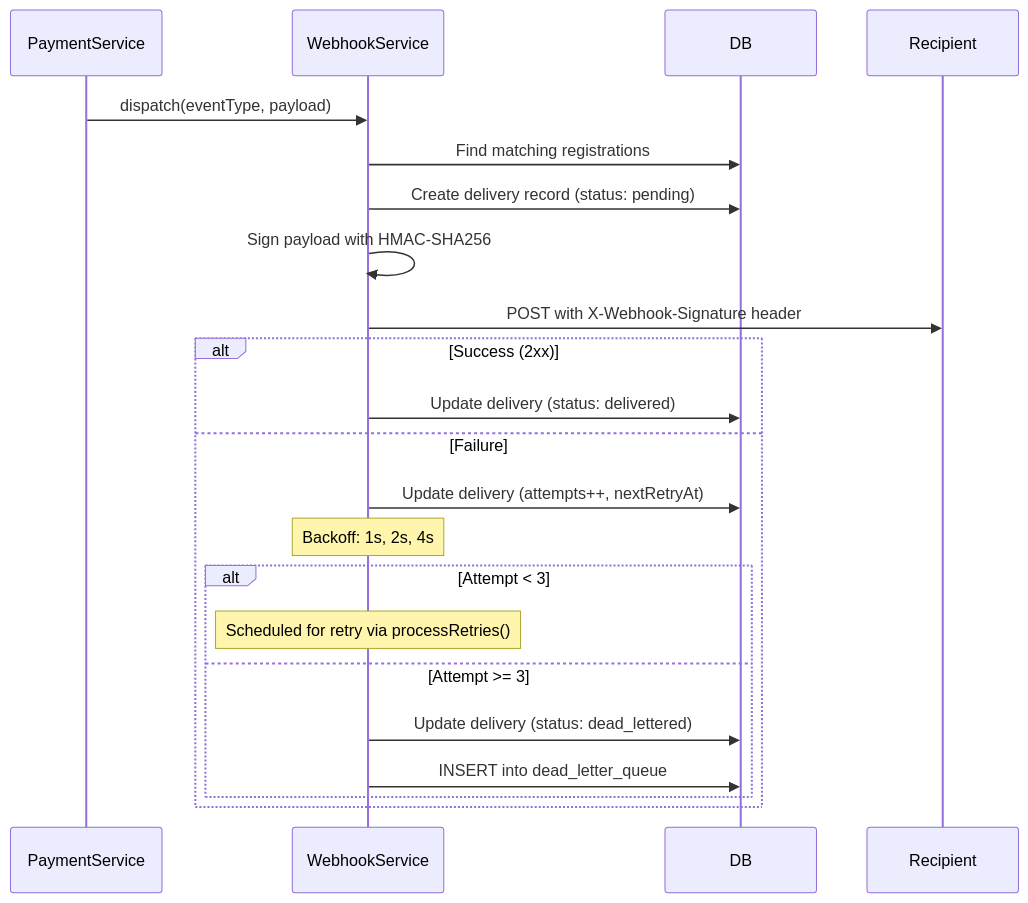
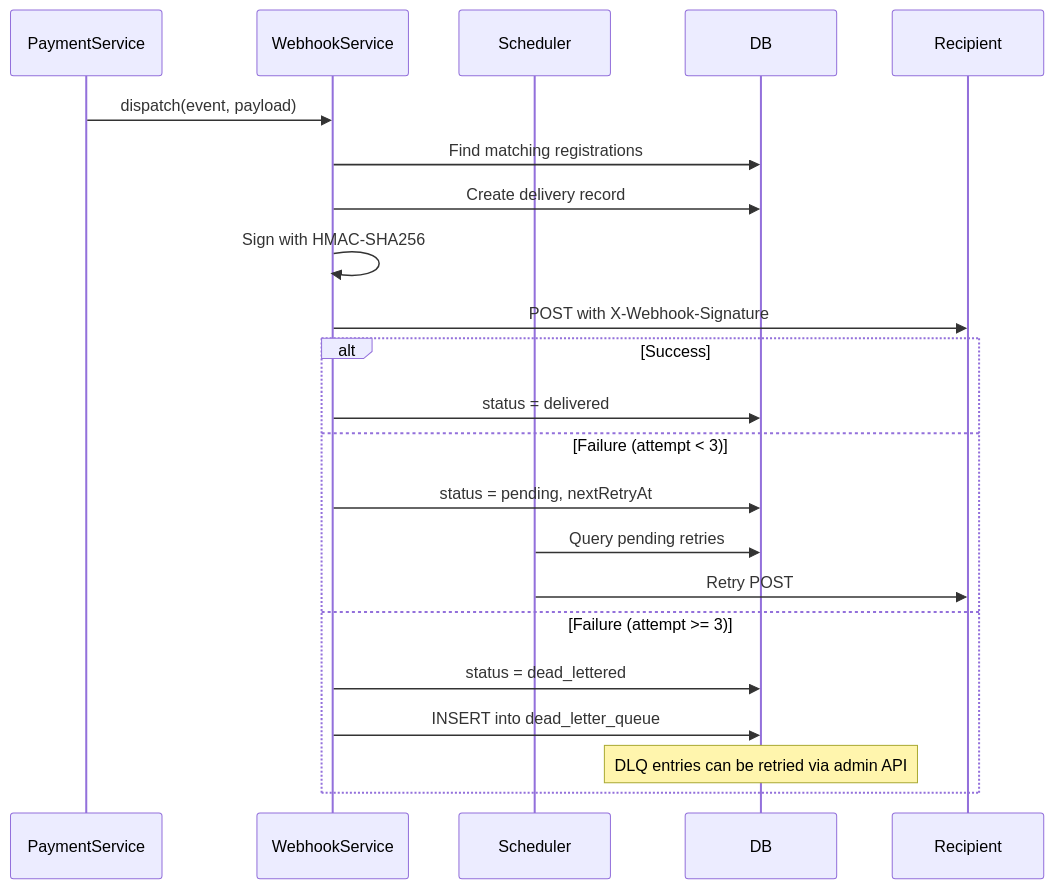
Before and after one commit to JamilAfouri99/payment-orchestrator: the sixth of 7 diagrams in docs/architecture.md, drawn with Mermaid. The commit also changed other lines of this file and 37 other files, not shown here.

````diff
--- a/docs/architecture.md
+++ b/docs/architecture.md
@@ -81,28 +125,27 @@
 ```mermaid
 sequenceDiagram
     participant PaymentService
     participant WebhookService
+    participant Scheduler
     participant DB
     participant Recipient
 
-    PaymentService->>WebhookService: dispatch(eventType, payload)
+    PaymentService->>WebhookService: dispatch(event, payload)
     WebhookService->>DB: Find matching registrations
-    WebhookService->>DB: Create delivery record (status: pending)
+    WebhookService->>DB: Create delivery record
 
-    WebhookService->>WebhookService: Sign payload with HMAC-SHA256
-    WebhookService->>Recipient: POST with X-Webhook-Signature header
+    WebhookService->>WebhookService: Sign with HMAC-SHA256
+    WebhookService->>Recipient: POST with X-Webhook-Signature
 
-    alt Success (2xx)
-        WebhookService->>DB: Update delivery (status: delivered)
-    else Failure
-        WebhookService->>DB: Update delivery (attempts++, nextRetryAt)
-        Note over WebhookService: Backoff: 1s, 2s, 4s
-
-        alt Attempt < 3
-            Note over WebhookService: Scheduled for retry via processRetries()
-        else Attempt >= 3
-            WebhookService->>DB: Update delivery (status: dead_lettered)
-            WebhookService->>DB: INSERT into dead_letter_queue
-        end
+    alt Success
+        WebhookService->>DB: status = delivered
+    else Failure (attempt < 3)
+        WebhookService->>DB: status = pending, nextRetryAt
+        Scheduler->>DB: Query pending retries
+        Scheduler->>Recipient: Retry POST
+    else Failure (attempt >= 3)
+        WebhookService->>DB: status = dead_lettered
+        WebhookService->>DB: INSERT into dead_letter_queue
+        Note over DB: DLQ entries can be retried via admin API
     end
 ```
````
